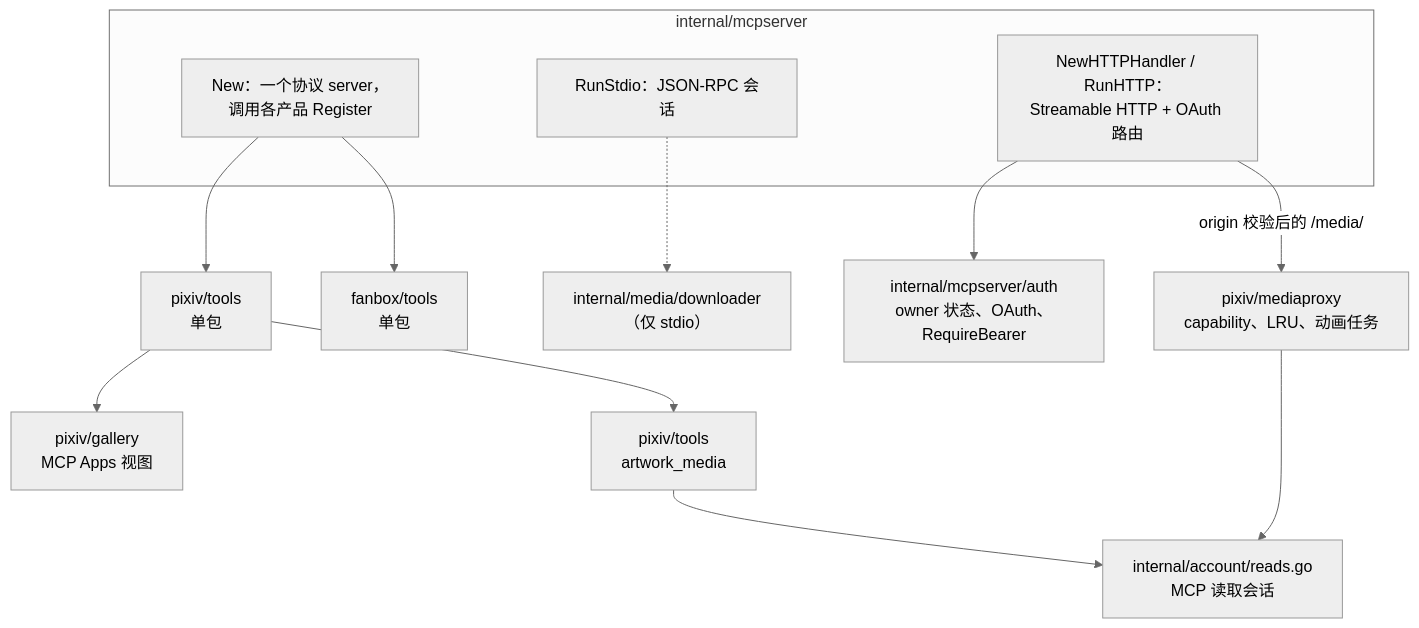
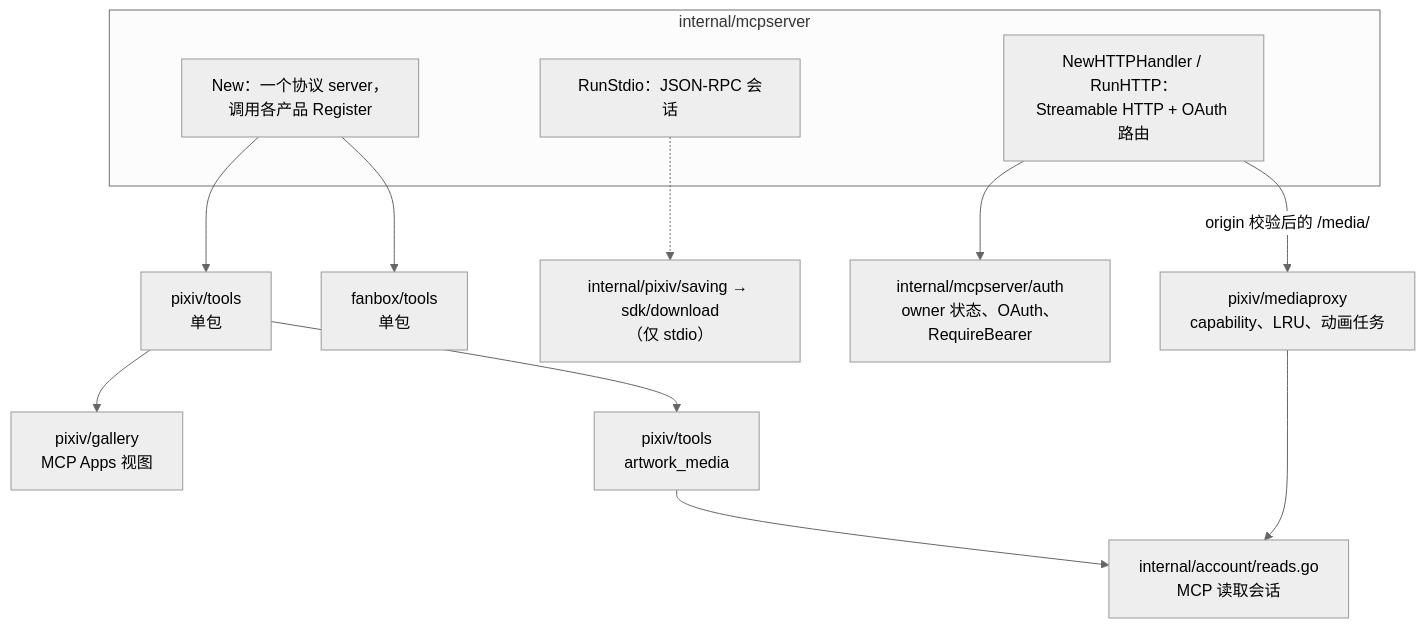
One commit to FlanChanXwO/pixiv-cli changed the first of 2 diagrams in docs/zh-CN/maintainers/architecture-mcp.md. Above: the diagram before and after it, drawn with Mermaid (neutral theme). The commit also changed other lines of this file and 38 other files, not shown here.

First line of the commit message:
refactor: migrate downloads and MCP media to the new SDK (S13) (#286)

````diff
--- a/docs/zh-CN/maintainers/architecture-mcp.md
+++ b/docs/zh-CN/maintainers/architecture-mcp.md
@@ -7,22 +7,22 @@
 ```mermaid
 flowchart TB
     subgraph root["internal/mcpserver"]
         NEW["New：一个协议 server，<br/>调用各产品 Register"]
         STDIO["RunStdio：JSON-RPC 会话"]
         HTTP["NewHTTPHandler / RunHTTP：<br/>Streamable HTTP + OAuth 路由"]
     end
     AUTH["internal/mcpserver/auth<br/>owner 状态、OAuth、RequireBearer"]
     PX["pixiv/tools<br/>单包"]
     FB["fanbox/tools<br/>单包"]
     GAL["pixiv/gallery<br/>MCP Apps 视图"]
     MP["pixiv/mediaproxy<br/>capability、LRU、动画任务"]
     AM["pixiv/tools<br/>artwork_media"]
     RS["internal/account/reads.go<br/>MCP 读取会话"]
-    DL["internal/media/downloader<br/>（仅 stdio）"]
+    DL["internal/pixiv/saving → sdk/download<br/>（仅 stdio）"]
     NEW --> PX & FB
     HTTP --> AUTH
     HTTP -->|"origin 校验后的 /media/"| MP
     PX --> GAL & AM
     AM & MP --> RS
     STDIO -.-> DL
 ```
````
